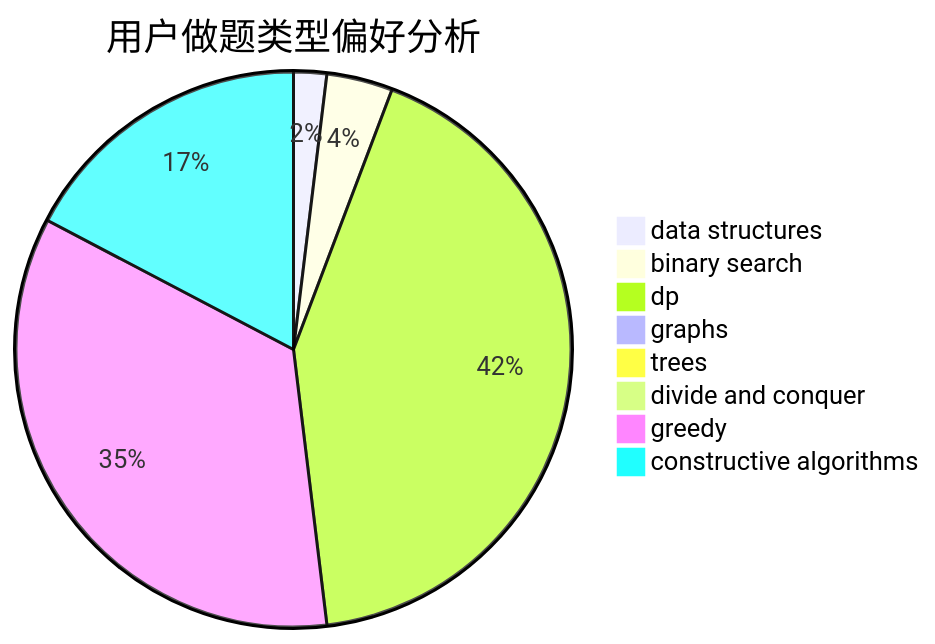
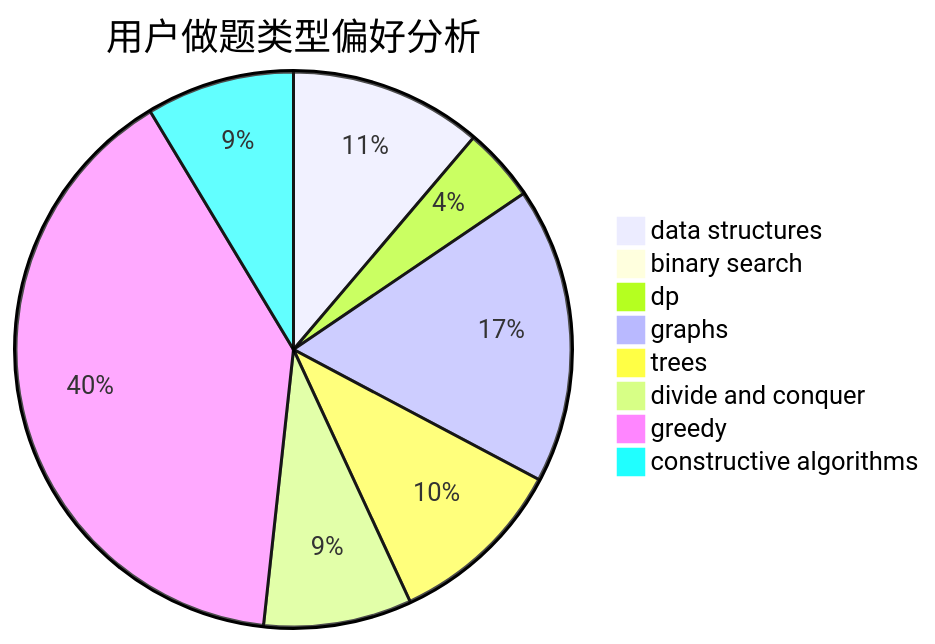
One commit to sherpahu/cfrs.github.io changed the second of 3 diagrams in docs/user/u1455.md. Above: the diagram before and after it, drawn with Mermaid. The commit also changed other lines of this file and 2770 other files, not shown here.

````diff
--- a/docs/user/u1455.md
+++ b/docs/user/u1455.md
@@ -23,11 +23,11 @@
 ```mermaid
 pie title 用户做题类型偏好分析
-    "data structures" :  2
-    "binary search" :  4
-    "dp" :  44
-    "graphs" :  0
-    "trees" :  0
-    "divide and conquer" :  0
-    "greedy" :  36
-    "constructive algorithms" :  18
+    "data structures" :  13
+    "binary search" :  0
+    "dp" :  5
+    "graphs" :  20
+    "trees" :  12
+    "divide and conquer" :  10
+    "greedy" :  46
+    "constructive algorithms" :  10
 ```
````
